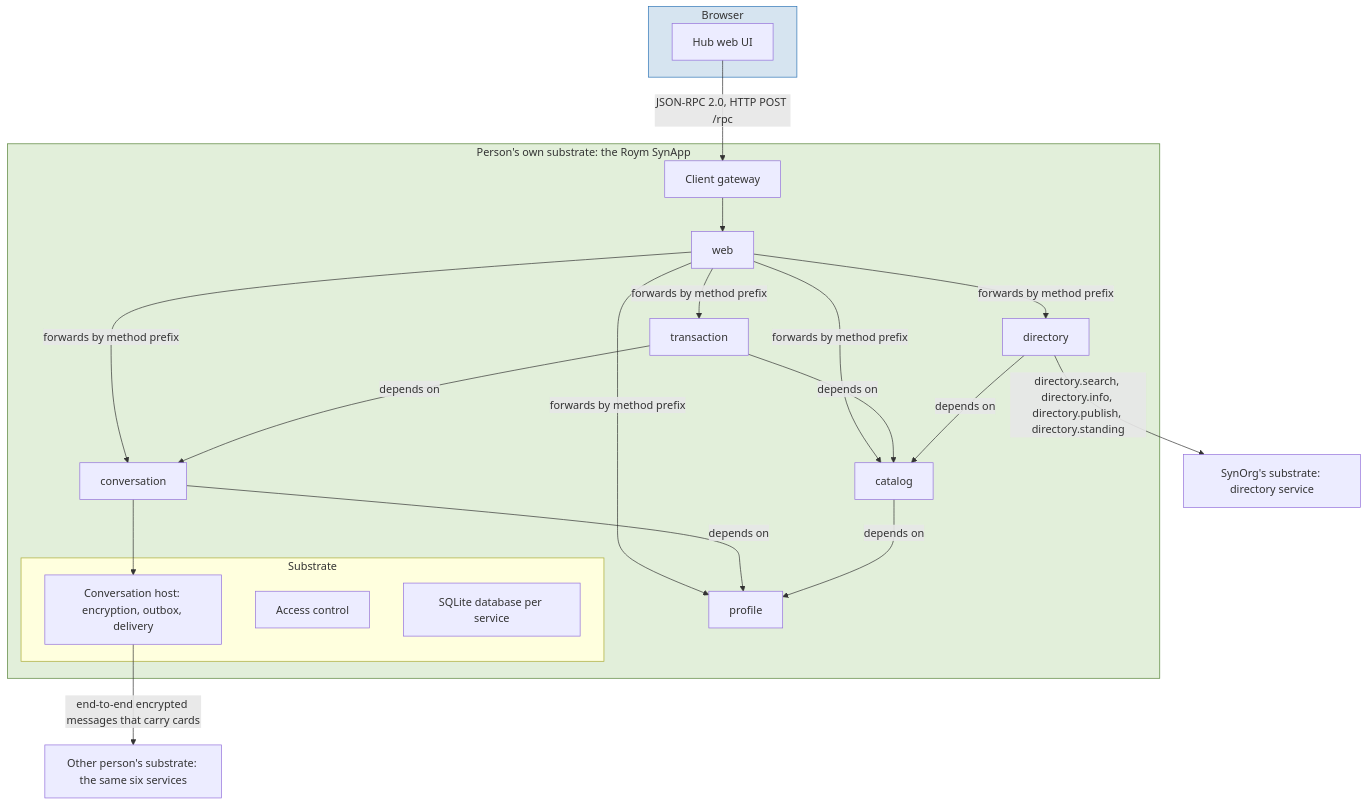
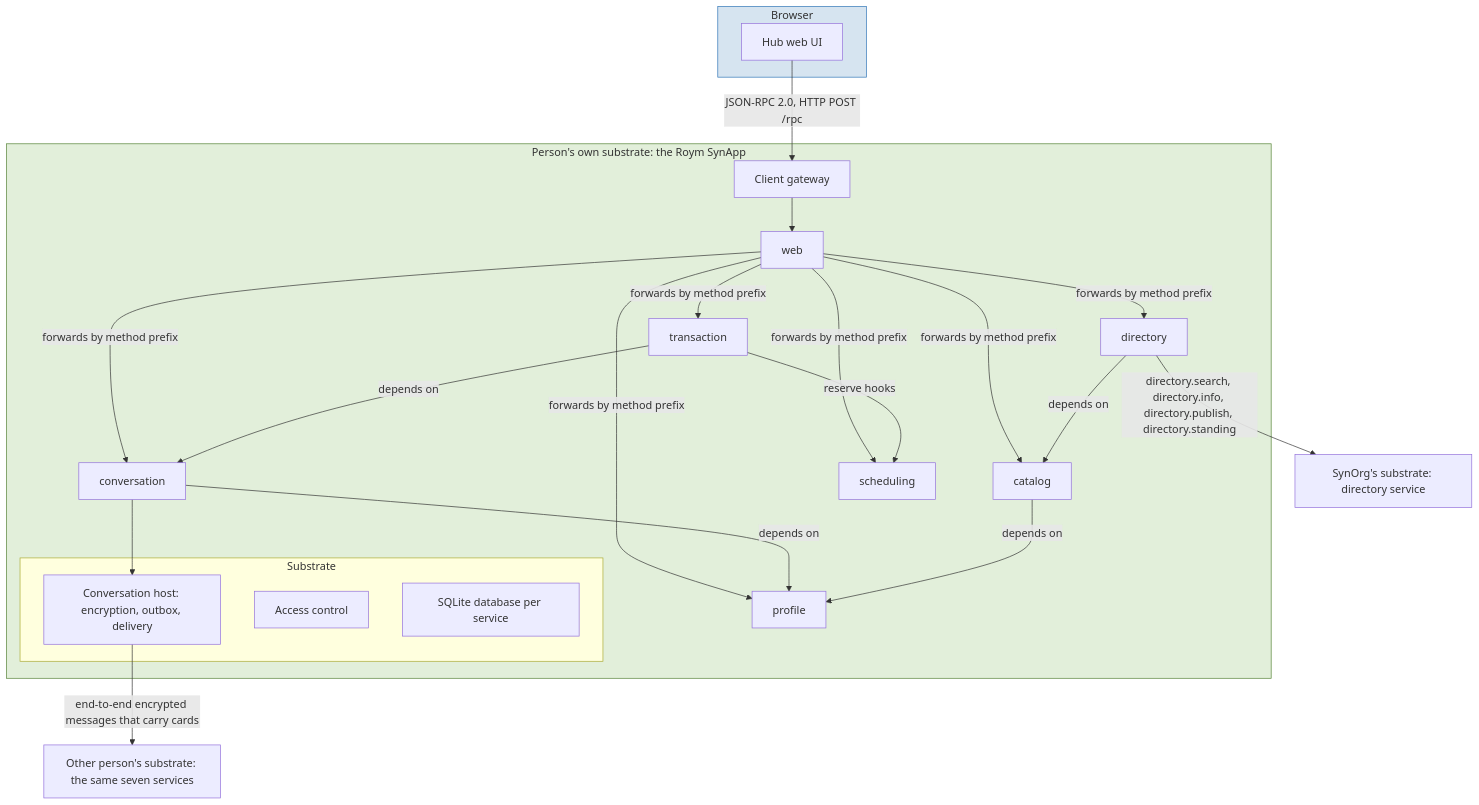
Diagram 16 of 23 in docs/system-architecture.md (syneroym/syneroym), drawn with Mermaid before and after one commit. The commit also changed other lines of this file and 141 other files, not shown here.

First line of the commit message:
feat(roym): scheduling service and reserve hooks (C3b1) (#378)

````diff
--- a/docs/system-architecture.md
+++ b/docs/system-architecture.md
@@ -1158,40 +1159,41 @@
 ```mermaid
 flowchart TD
     subgraph BROWSER["Browser"]
         HUB[Hub web UI]
     end
 
     subgraph OWN_NODE["Person's own substrate: the Roym SynApp"]
         GW[Client gateway]
         WEB[web]
         PROFILE[profile]
         CONV[conversation]
         CATALOG[catalog]
         TXN[transaction]
+        SCHED[scheduling]
         DIR[directory]
 
         subgraph SUBSTRATE["Substrate"]
             MSG[Conversation host: encryption, outbox, delivery]
             AC[Access control]
             STORE[SQLite database per service]
         end
     end
 
-    PEER["Other person's substrate: the same six services"]
+    PEER["Other person's substrate: the same seven services"]
     SYNORG["SynOrg's substrate: directory service"]
 
     HUB -->|"JSON-RPC 2.0, HTTP POST /rpc"| GW
     GW --> WEB
-    WEB -->|"forwards by method prefix"| PROFILE & CONV & CATALOG & TXN & DIR
+    WEB -->|"forwards by method prefix"| PROFILE & CONV & CATALOG & TXN & SCHED & DIR
     CONV -->|"depends on"| PROFILE
     CATALOG -->|"depends on"| PROFILE
     TXN -->|"depends on"| CONV
-    TXN -->|"depends on"| CATALOG
+    TXN -->|"reserve hooks"| SCHED
     DIR -->|"depends on"| CATALOG
     CONV --> MSG
     MSG -->|"end-to-end encrypted messages that carry cards"| PEER
     DIR -->|"directory.search, directory.info, directory.publish, directory.standing"| SYNORG
 
     style BROWSER fill:#D6E4F0,stroke:#2E75B6
     style OWN_NODE fill:#E2EFDA,stroke:#548235
 ```
````
